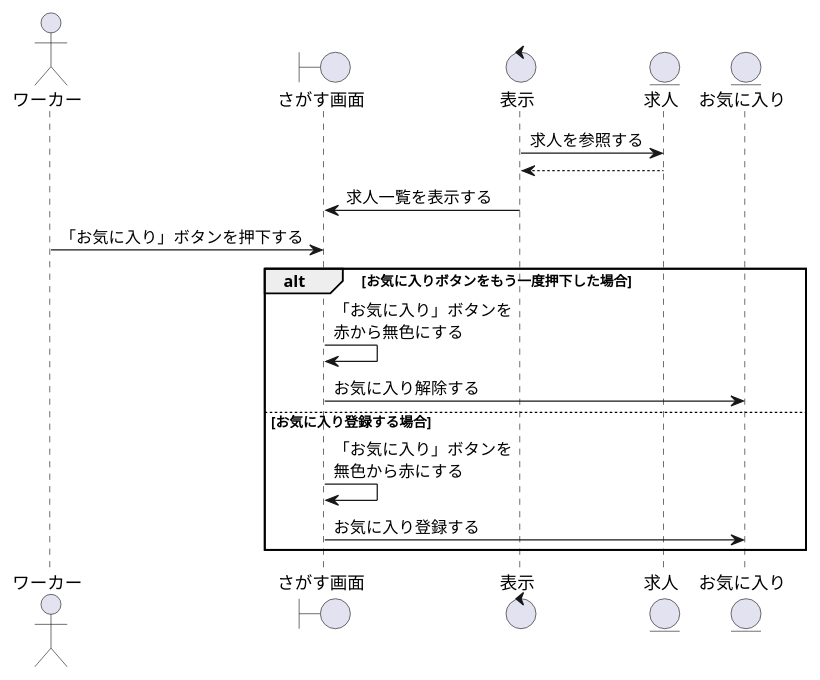
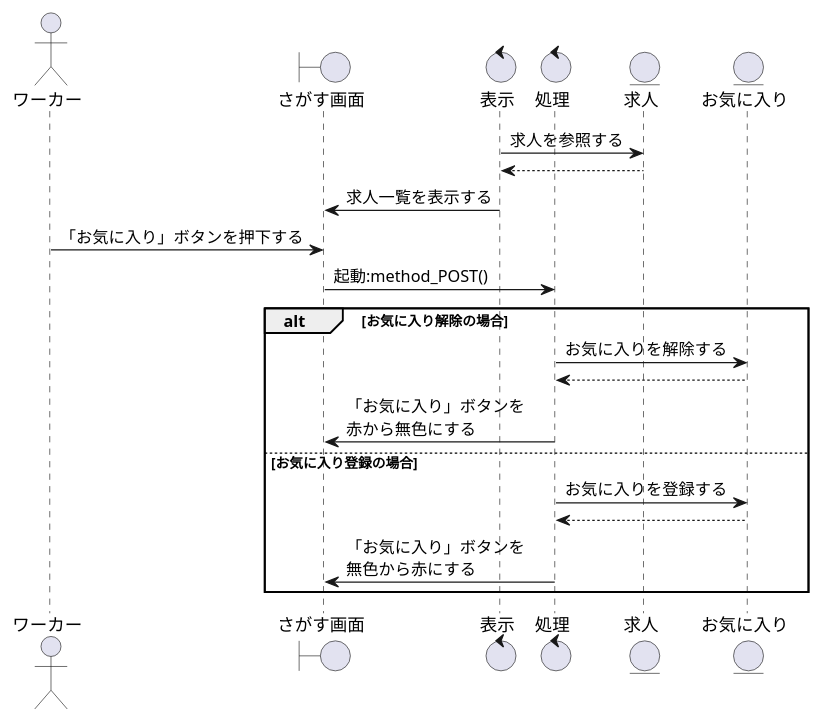
The diagram in sequence_fig/2_search_fn/03_求人のお気に入りを設定する.pu (irukacb256/high_Me), drawn with PlantUML before and after one commit. The commit also changed 2 other files, not shown here.

```diff
--- a/sequence_fig/2_search_fn/03_求人のお気に入りを設定する.pu
+++ b/sequence_fig/2_search_fn/03_求人のお気に入りを設定する.pu
@@ -1,27 +1,32 @@
 @startuml 求人のお気に入り設定をする
 
 ' 1
 actor    ワーカー    as wo1
 boundary さがす画面  as sc1
 control  表示        as co1
+control  処理        as co2
 entity   求人        as jb1
 entity   お気に入り   as fa1
 
 co1 -> jb1 : 求人を参照する
-jb1 --> co1 
+jb1 --> co1
 
 co1 -> sc1 : 求人一覧を表示する
 
 wo1 -> sc1 : 「お気に入り」ボタンを押下する
+sc1 -> co2 : 起動:method_POST()
 
-alt お気に入りボタンをもう一度押下した場合 
-    sc1 -> sc1 : 「お気に入り」ボタンを\n赤から無色にする
-    sc1 -> fa1 : お気に入り解除する
+alt お気に入り解除の場合
+    co2 -> fa1 : お気に入りを解除する
+    co2 <-- fa1
+    co2 -> sc1 : 「お気に入り」ボタンを\n赤から無色にする
 
-else お気に入り登録する場合
-    sc1 -> sc1 : 「お気に入り」ボタンを\n無色から赤にする
-    sc1 -> fa1 : お気に入り登録する
+else お気に入り登録の場合
+    co2 -> fa1 : お気に入りを登録する
+    co2 <-- fa1
+    co2 -> sc1 : 「お気に入り」ボタンを\n無色から赤にする
+
 
 end
 
 @enduml
```
